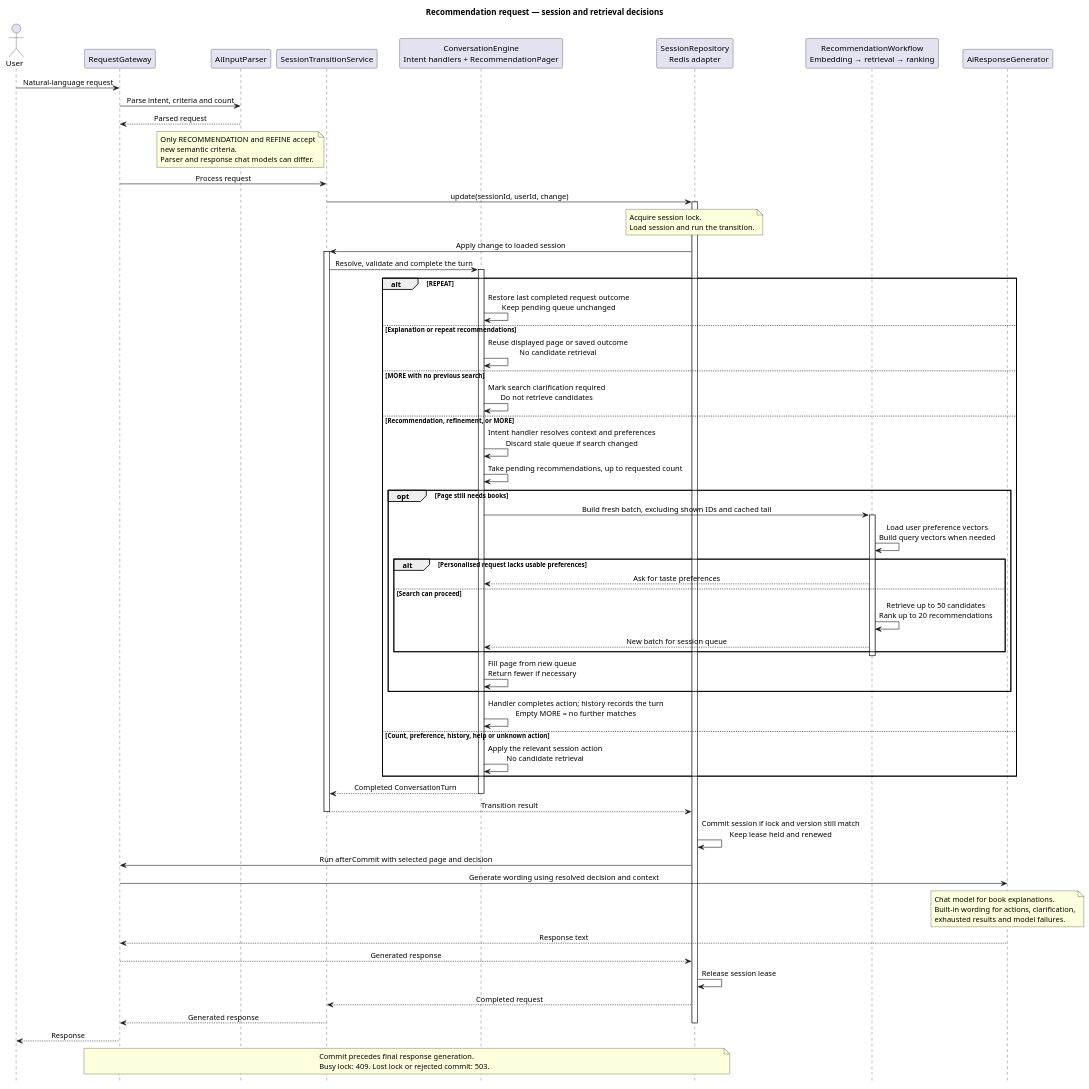
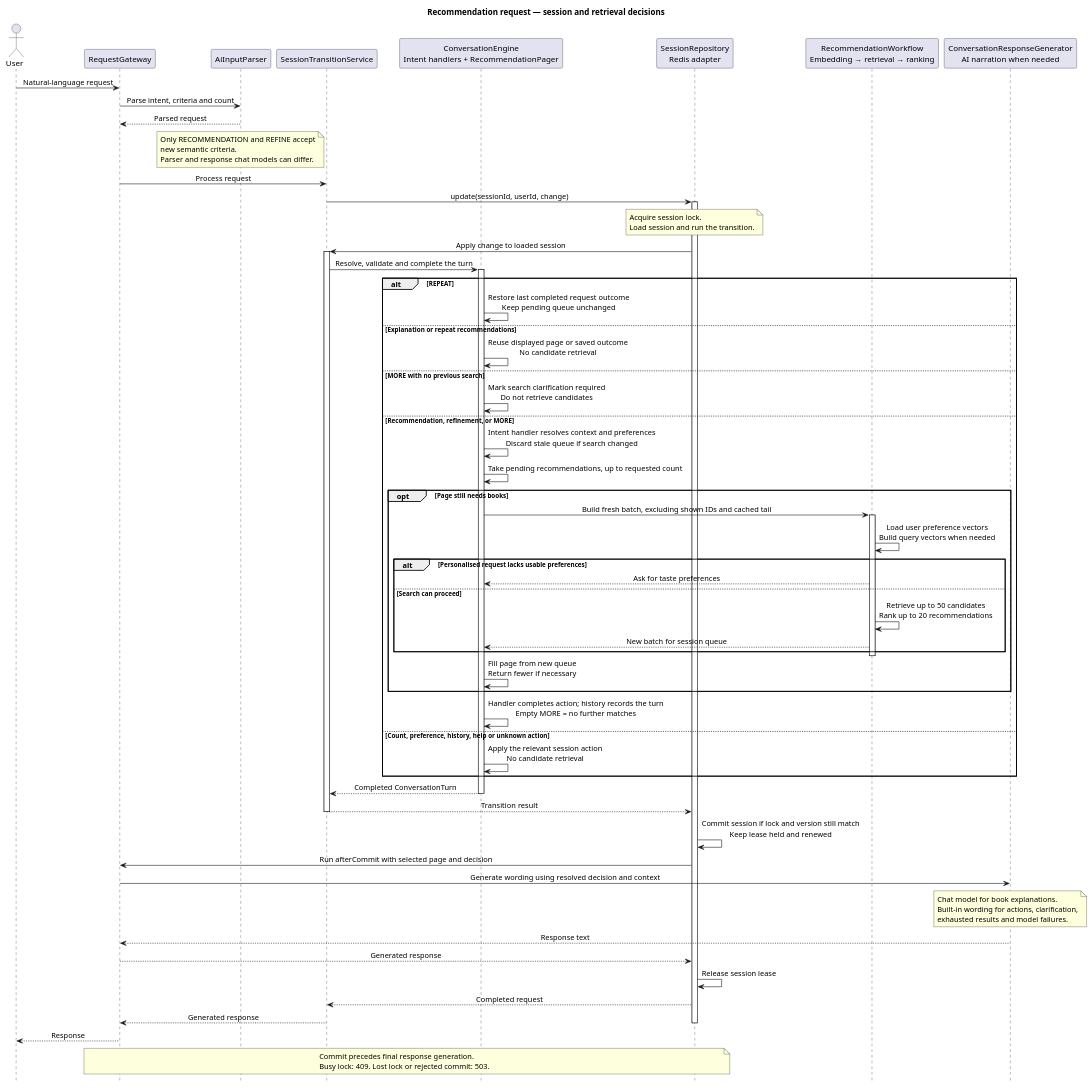
The diagram in docs/diagrams/recommendation-flow.puml (Juliu9/IT-Project), drawn with PlantUML before and after one commit. The commit also changed 9 other files, not shown here.

```diff
--- a/docs/diagrams/recommendation-flow.puml
+++ b/docs/diagrams/recommendation-flow.puml
@@ -1,88 +1,88 @@
 @startuml
 title Recommendation request — session and retrieval decisions
 skinparam backgroundColor #FFFFFF
 skinparam shadowing false
 skinparam defaultFontName SansSerif
 skinparam sequenceMessageAlign center
 hide footbox
 
 actor User
 participant RequestGateway as Gateway
 participant AiInputParser as Parser
 participant SessionTransitionService as Transition
 participant "ConversationEngine\nIntent handlers + RecommendationPager" as Engine
 participant "SessionRepository\nRedis adapter" as Sessions
 participant "RecommendationWorkflow\nEmbedding → retrieval → ranking" as Workflow
-participant AiResponseGenerator as Response
+participant "ConversationResponseGenerator\nAI narration when needed" as Response
 
 User -> Gateway : Natural-language request
 Gateway -> Parser : Parse intent, criteria and count
 Parser --> Gateway : Parsed request
 note over Parser
   Only RECOMMENDATION and REFINE accept
   new semantic criteria.
   Parser and response chat models can differ.
 end note
 Gateway -> Transition : Process request
 Transition -> Sessions : update(sessionId, userId, change)
 activate Sessions
 note over Sessions
   Acquire session lock.
   Load session and run the transition.
 end note
 Sessions -> Transition : Apply change to loaded session
 activate Transition
 Transition -> Engine : Resolve, validate and complete the turn
 activate Engine
 
 alt REPEAT
   Engine -> Engine : Restore last completed request outcome\nKeep pending queue unchanged
 else Explanation or repeat recommendations
   Engine -> Engine : Reuse displayed page or saved outcome\nNo candidate retrieval
 else MORE with no previous search
   Engine -> Engine : Mark search clarification required\nDo not retrieve candidates
 else Recommendation, refinement, or MORE
   Engine -> Engine : Intent handler resolves context and preferences\nDiscard stale queue if search changed
   Engine -> Engine : Take pending recommendations, up to requested count
   opt Page still needs books
     Engine -> Workflow : Build fresh batch, excluding shown IDs and cached tail
     activate Workflow
     Workflow -> Workflow : Load user preference vectors\nBuild query vectors when needed
     alt Personalised request lacks usable preferences
       Workflow --> Engine : Ask for taste preferences
     else Search can proceed
       Workflow -> Workflow : Retrieve up to 50 candidates\nRank up to 20 recommendations
       Workflow --> Engine : New batch for session queue
     end
     deactivate Workflow
     Engine -> Engine : Fill page from new queue\nReturn fewer if necessary
   end
   Engine -> Engine : Handler completes action; history records the turn\nEmpty MORE = no further matches
 else Count, preference, history, help or unknown action
   Engine -> Engine : Apply the relevant session action\nNo candidate retrieval
 end
 
 Engine --> Transition : Completed ConversationTurn
 deactivate Engine
 Transition --> Sessions : Transition result
 deactivate Transition
 Sessions -> Sessions : Commit session if lock and version still match\nKeep lease held and renewed
 Sessions -> Gateway : Run afterCommit with selected page and decision
 Gateway -> Response : Generate wording using resolved decision and context
 note over Response
   Chat model for book explanations.
   Built-in wording for actions, clarification,
   exhausted results and model failures.
 end note
 Response --> Gateway : Response text
 Gateway --> Sessions : Generated response
 Sessions -> Sessions : Release session lease
 Sessions --> Transition : Completed request
 Transition --> Gateway : Generated response
 deactivate Sessions
 Gateway --> User : Response
 note over Gateway, Sessions
   Commit precedes final response generation.
   Busy lock: 409. Lost lock or rejected commit: 503.
 end note
 @enduml
```
